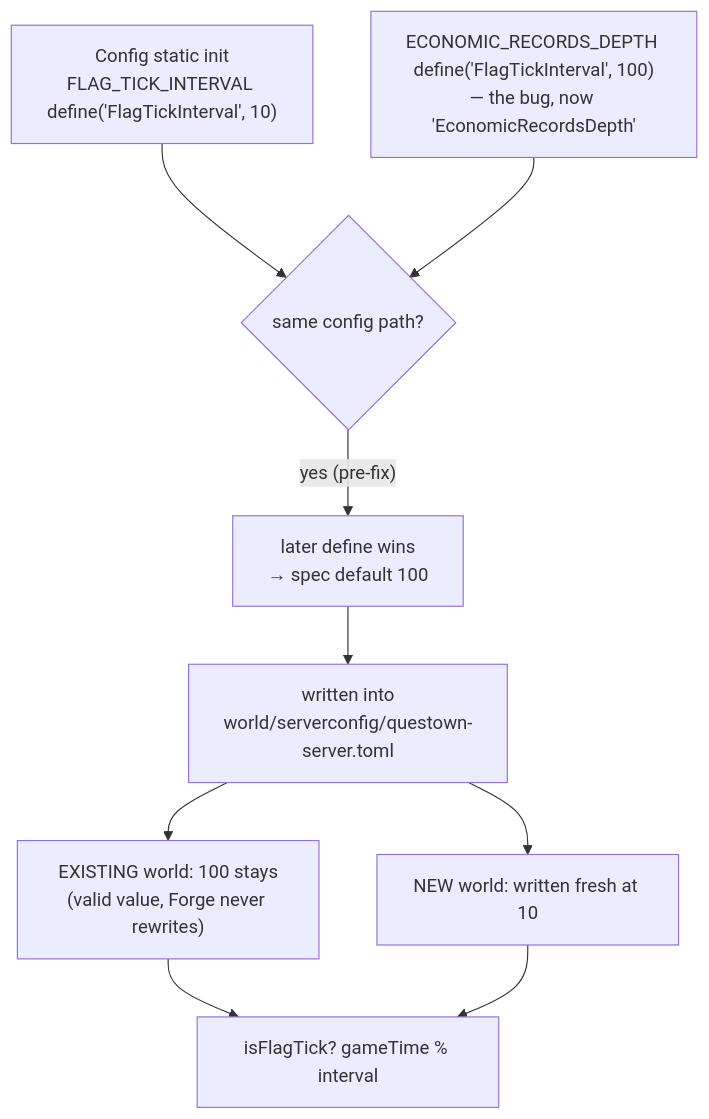
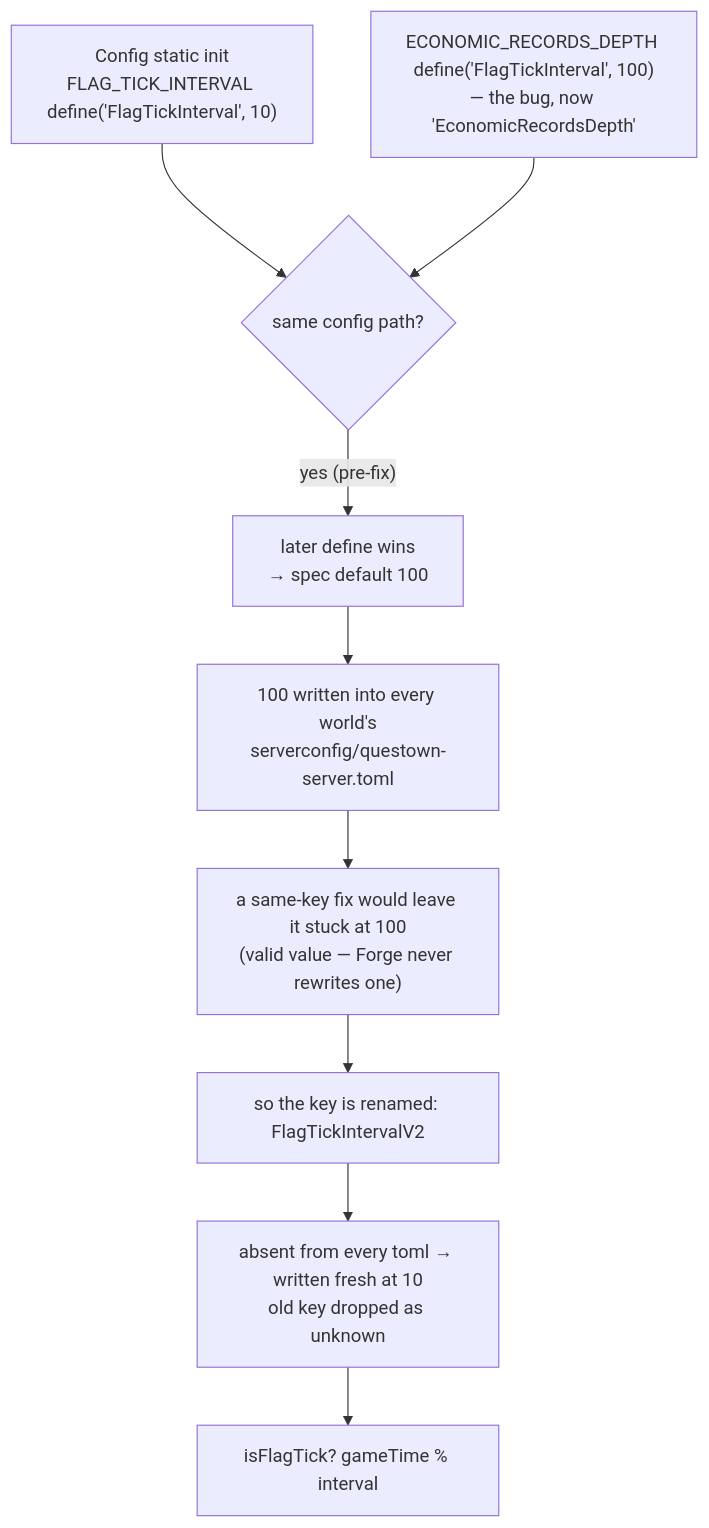
Before and after one commit to bradsk88/Questown: the third of 7 diagrams in src/main/java/ca/bradj/questown/town/COMPLEX.md, drawn with Mermaid. The commit also changed other lines of this file and 2 other files, not shown here.

First line of the commit message:
fix(config): re-default the flag tick interval via a V2 key

````diff
--- a/src/main/java/ca/bradj/questown/town/COMPLEX.md
+++ b/src/main/java/ca/bradj/questown/town/COMPLEX.md
@@ -71,12 +71,12 @@
 ```mermaid
 flowchart TD
     Reg["Config static init<br/>FLAG_TICK_INTERVAL define('FlagTickInterval', 10)"] --> Path{"same config path?"}
     Collide["ECONOMIC_RECORDS_DEPTH define('FlagTickInterval', 100)<br/>— the bug, now 'EconomicRecordsDepth'"] --> Path
     Path -- "yes (pre-fix)" --> Won["later define wins<br/>→ spec default 100"]
-    Won --> Toml["written into<br/>world/serverconfig/questown-server.toml"]
+    Won --> Toml["100 written into every world's<br/>serverconfig/questown-server.toml"]
 
-    Toml --> Old["EXISTING world: 100 stays<br/>(valid value, Forge never rewrites)"]
-    Toml --> NewW["NEW world: written fresh at 10"]
-    Old --> Gate["isFlagTick? gameTime % interval"]
-    NewW --> Gate
+    Toml --> Stuck["a same-key fix would leave it stuck at 100<br/>(valid value — Forge never rewrites one)"]
+    Stuck --> V2["so the key is renamed: FlagTickIntervalV2"]
+    V2 --> Fresh["absent from every toml → written fresh at 10<br/>old key dropped as unknown"]
+    Fresh --> Gate["isFlagTick? gameTime % interval"]
 ```
````
